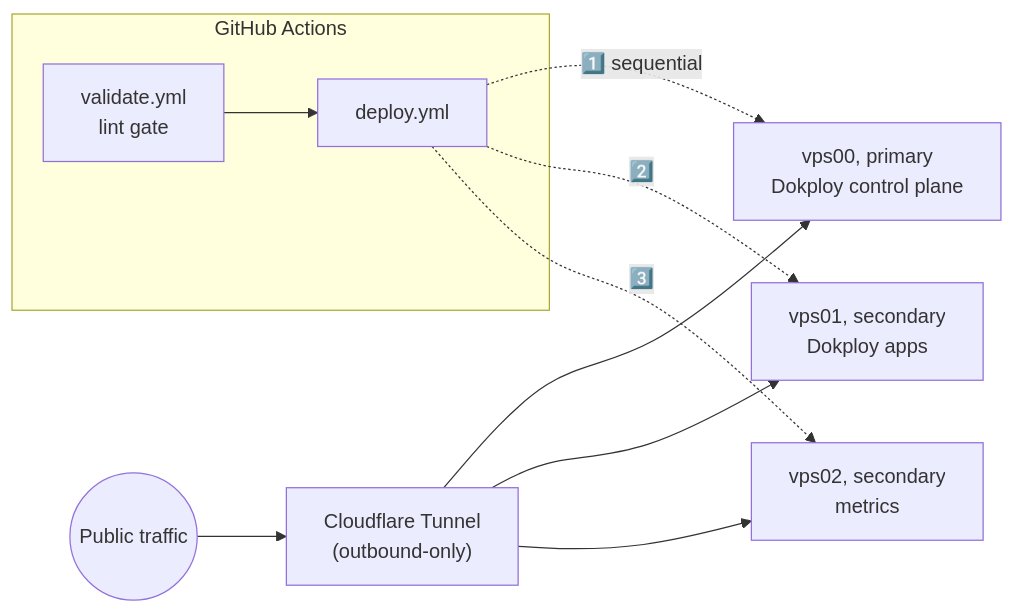
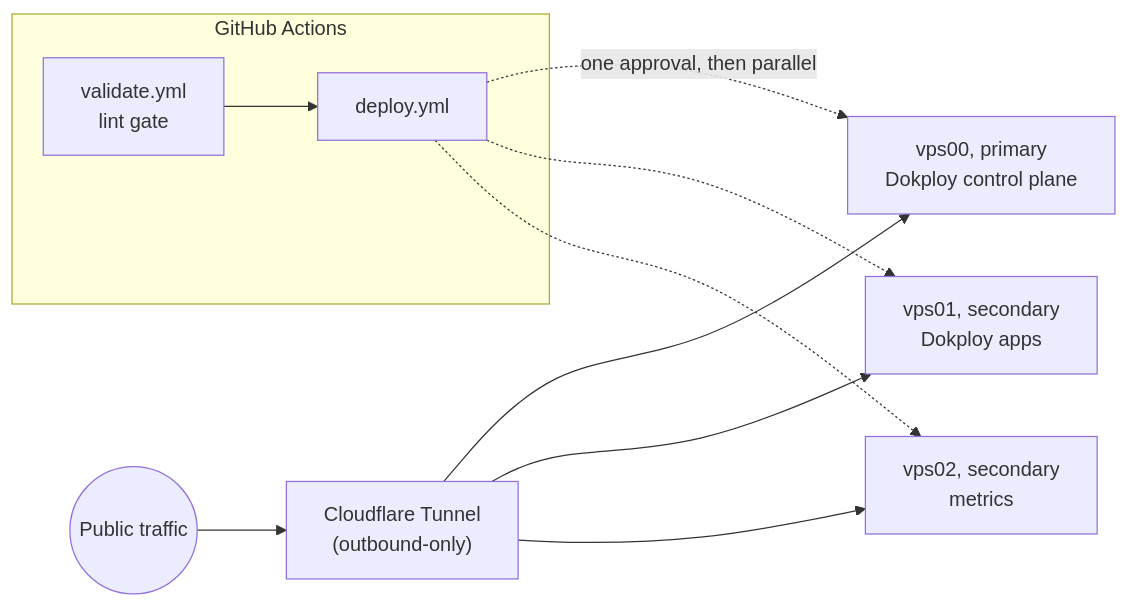
One commit to nineW0nW0n/homelab-but-the-home-is-silent changed the diagram in README.md. Above: the diagram before and after it, drawn with Mermaid. The commit also changed other lines of this file and 3 other files, not shown here.

First line of the commit message:
feat(ci): one approval, then deploy all three nodes in parallel (#22)

````diff
--- a/README.md
+++ b/README.md
@@ -43,15 +43,15 @@
 ```mermaid
 flowchart LR
     internet(("Public traffic")) --> tunnel["Cloudflare Tunnel\n(outbound-only)"]
     tunnel --> vps00["vps00, primary\nDokploy control plane"]
     tunnel --> vps01["vps01, secondary\nDokploy apps"]
     tunnel --> vps02["vps02, secondary\nmetrics"]
 
     subgraph ci["GitHub Actions"]
         validate["validate.yml\nlint gate"] --> deploy["deploy.yml"]
     end
 
-    deploy -. "1️⃣ sequential" .-> vps00
-    deploy -. "2️⃣" .-> vps01
-    deploy -. "3️⃣" .-> vps02
+    deploy -. "one approval, then parallel" .-> vps00
+    deploy -.-> vps01
+    deploy -.-> vps02
 ```
````
